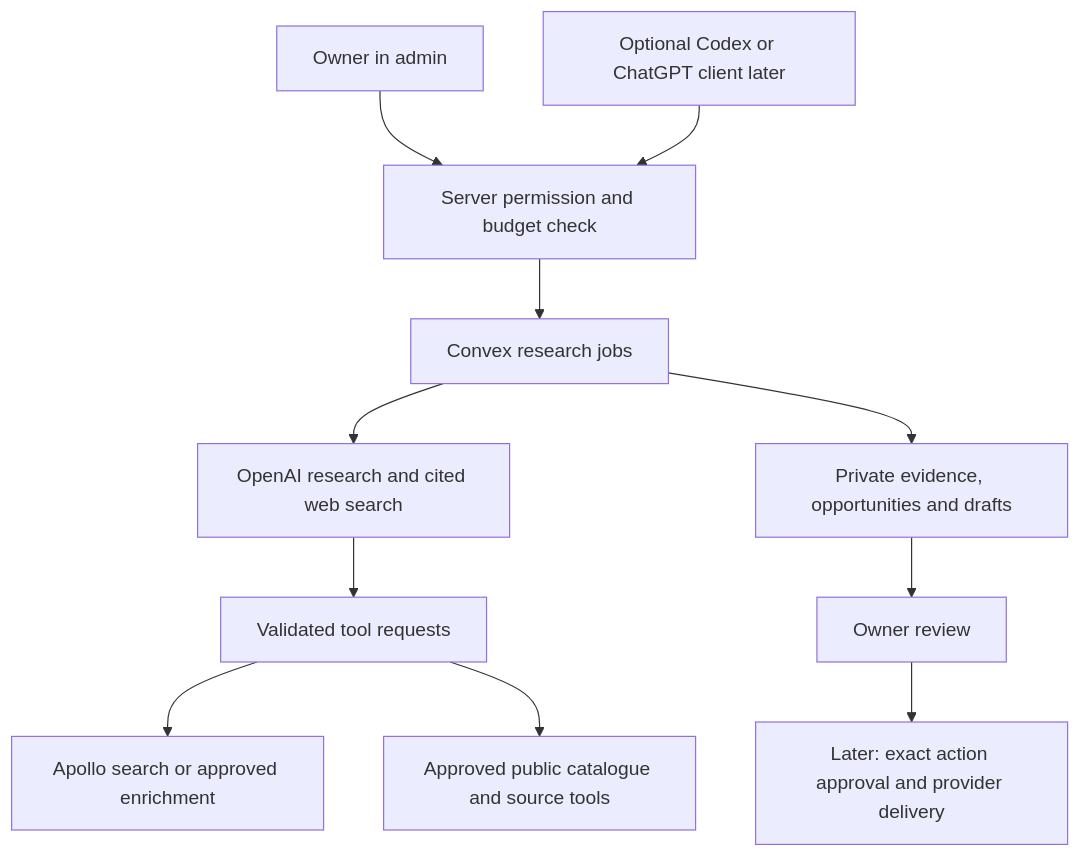
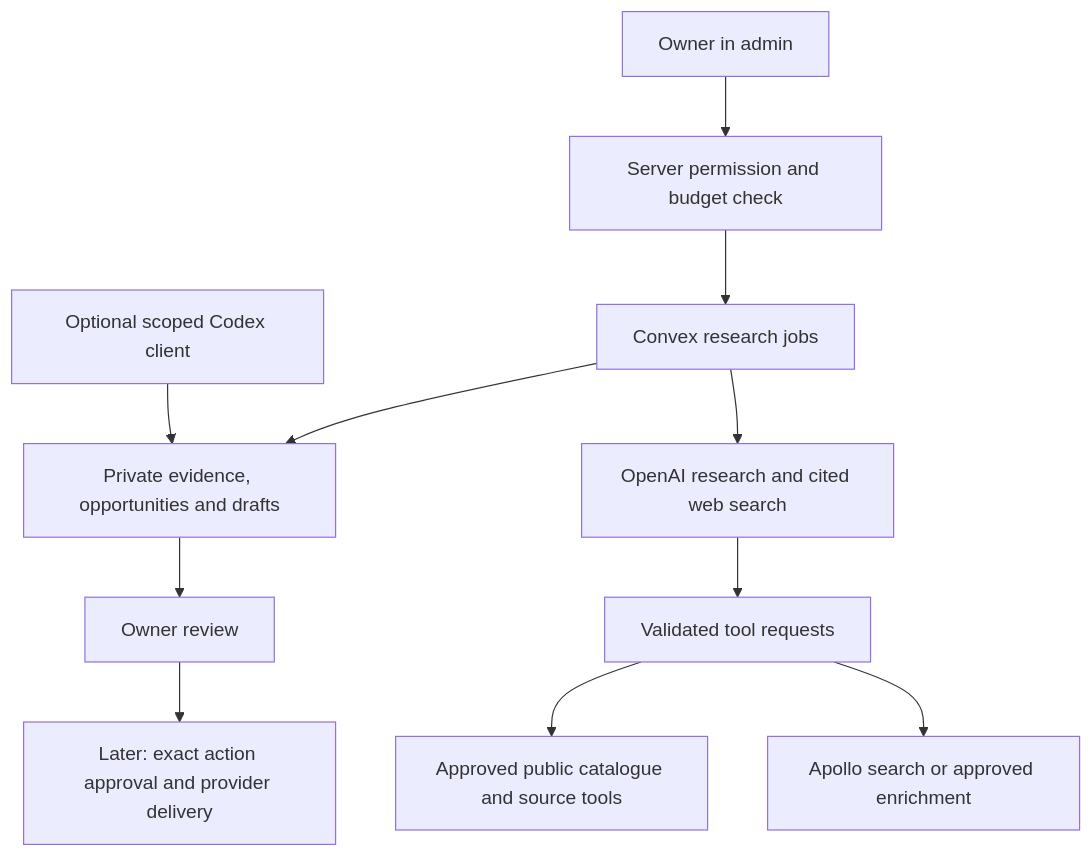
One commit to ungaaaabungaaa/floruvi changed the diagram in docs/31-growth-tools-plan.md. Above: the diagram before and after it, drawn with Mermaid. The commit also changed other lines of this file and 33 other files, not shown here.

````diff
--- a/docs/31-growth-tools-plan.md
+++ b/docs/31-growth-tools-plan.md
@@ -125,13 +161,13 @@
 ```mermaid
 flowchart TD
   Owner[Owner in admin] --> Gate[Server permission and budget check]
-  Client[Optional Codex or ChatGPT client later] --> Gate
+  Client[Optional scoped Codex client] --> Records
   Gate --> Jobs[Convex research jobs]
   Jobs --> Model[OpenAI research and cited web search]
   Model --> Tools[Validated tool requests]
   Tools --> Apollo[Apollo search or approved enrichment]
   Tools --> Public[Approved public catalogue and source tools]
   Jobs --> Records[Private evidence, opportunities and drafts]
   Records --> Review[Owner review]
   Review --> Later[Later: exact action approval and provider delivery]
 ```
````
